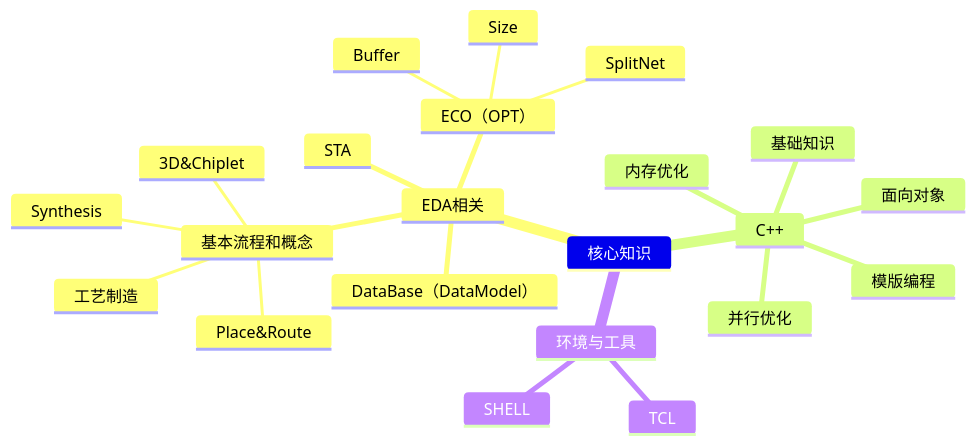
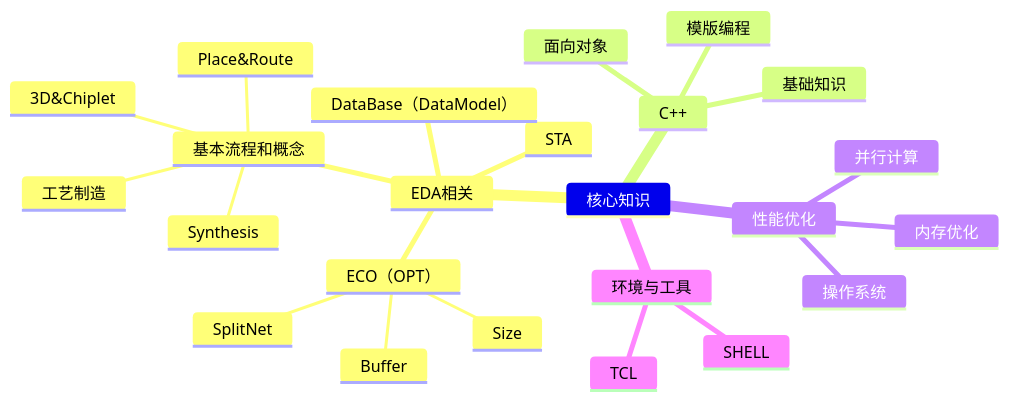
The diagram in docs/roadmap.md (dubin-learner/dubin-learner.github.io), drawn with Mermaid before and after one commit. The commit also changed other lines of this file, not shown here.

First line of the commit message:
Revise roadmap with updated topics and last update date

````diff
--- a/docs/roadmap.md
+++ b/docs/roadmap.md
@@ -8,25 +8,27 @@
 ```mermaid
 mindmap
   核心知识
     EDA相关
       基本流程和概念
         Place&Route
         Synthesis
         工艺制造
         3D&Chiplet
       ECO（OPT）
         Buffer
         Size
         SplitNet
       STA
       DataBase（DataModel）
     C++
       基础知识
       面向对象
       模版编程
-      并行优化
+    性能优化
+      操作系统
+      并行计算
       内存优化
     环境与工具
       TCL
       SHELL
 ```
````
